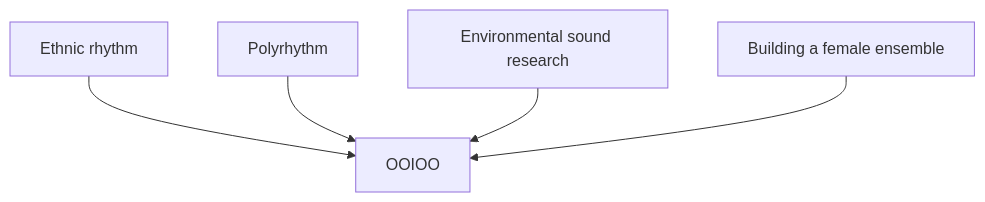
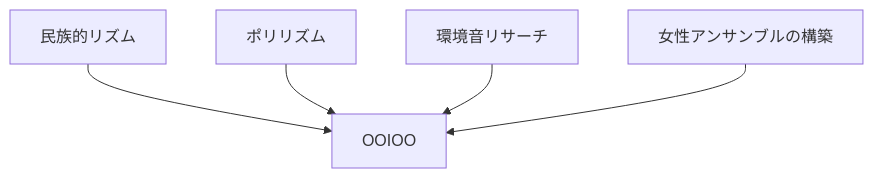
One commit to monumental-movement/monumental-movement.github.io changed the fourth of 6 diagrams in en/_posts/2025-12-05-column-boredoms.md. Above: the diagram before and after it, drawn with Mermaid. The commit also changed other lines of this file and 2196 other files, not shown here.

```diff
--- a/en/_posts/2025-12-05-column-boredoms.md
+++ b/en/_posts/2025-12-05-column-boredoms.md
@@ -193,7 +192,7 @@
 <div class="mermaid">
 flowchart TD
-    A["Ethnic rhythm"] --> X["OOIOO"]
-    B["Polyrhythm"] --> X
-    C["Environmental sound research"] --> X
-    D["Building a female ensemble"] --> X
+    A["民族的リズム"] --> X["OOIOO"]
+    B["ポリリズム"] --> X
+    C["環境音リサーチ"] --> X
+    D["女性アンサンブルの構築"] --> X
 </div>
```
